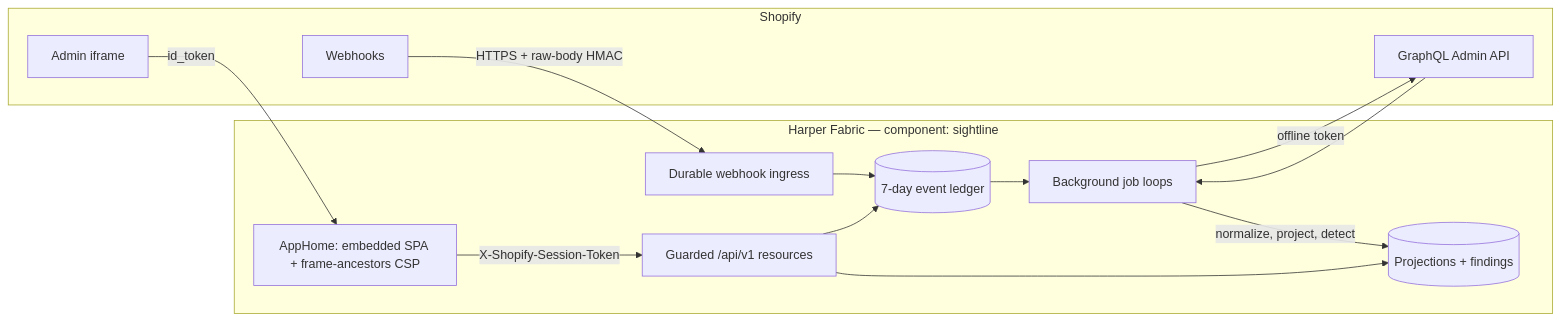
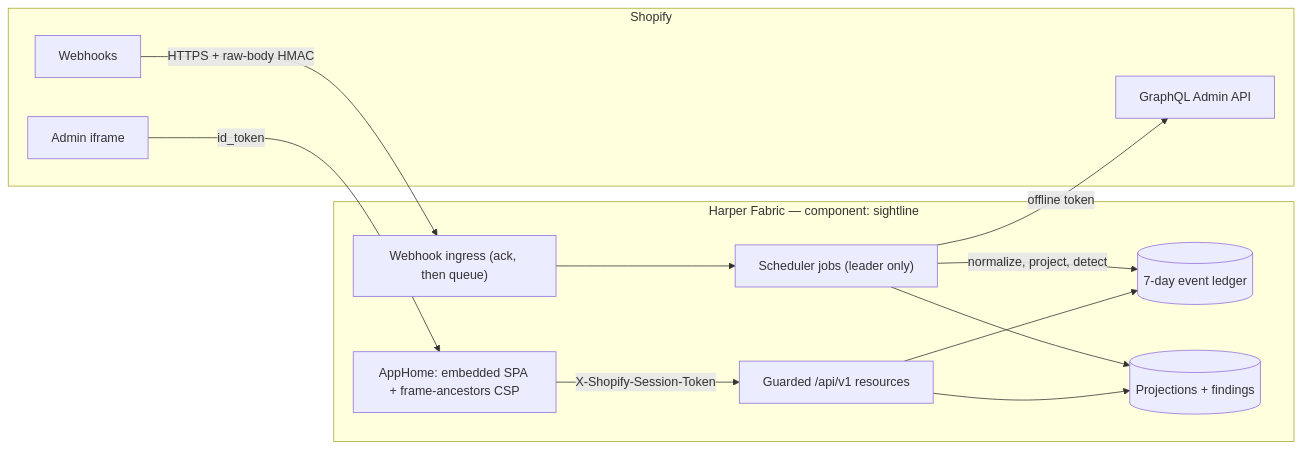
One commit to HarperFast/harper-sightline changed the diagram in README.md. Above: the diagram before and after it, drawn with Mermaid. The commit also changed other lines of this file and 175 other files, not shown here.

````diff
--- a/README.md
+++ b/README.md
@@ -61,26 +52,25 @@
 ```mermaid
 flowchart LR
     subgraph shopify[Shopify]
         Admin[Admin iframe]
         Hooks[Webhooks]
         AdminAPI[GraphQL Admin API]
     end
     subgraph harper["Harper Fabric — component: sightline"]
         SPA["AppHome: embedded SPA + frame-ancestors CSP"]
         API["Guarded /api/v1 resources"]
-        Ingress["Durable webhook ingress"]
-        Jobs["Background job loops"]
+        Ingress["Webhook ingress (ack, then queue)"]
+        Jobs["Scheduler jobs (leader only)"]
         Ledger[("7-day event ledger")]
         State[("Projections + findings")]
     end
     Admin -->|"id_token"| SPA
     SPA -->|"X-Shopify-Session-Token"| API
     Hooks -->|"HTTPS + raw-body HMAC"| Ingress
-    Ingress --> Ledger
-    Ledger --> Jobs
-    Jobs -->|"normalize, project, detect"| State
+    Ingress --> Jobs
+    Jobs -->|"normalize, project, detect"| Ledger
+    Jobs --> State
     Jobs -->|"offline token"| AdminAPI
-    AdminAPI --> Jobs
     API --> Ledger
     API --> State
 ```
````
